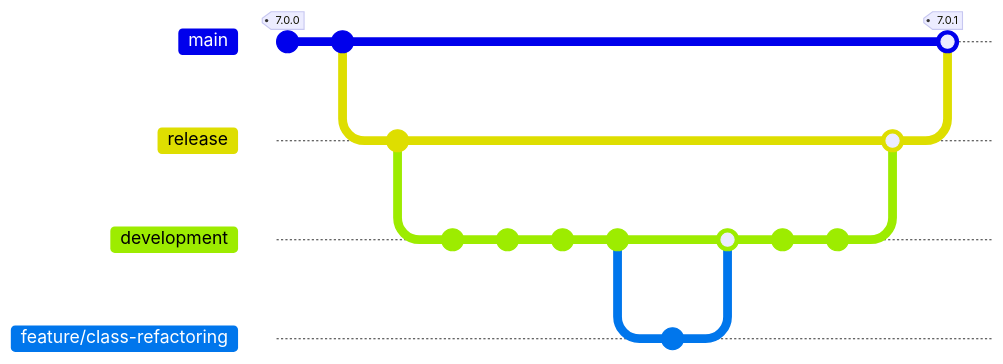
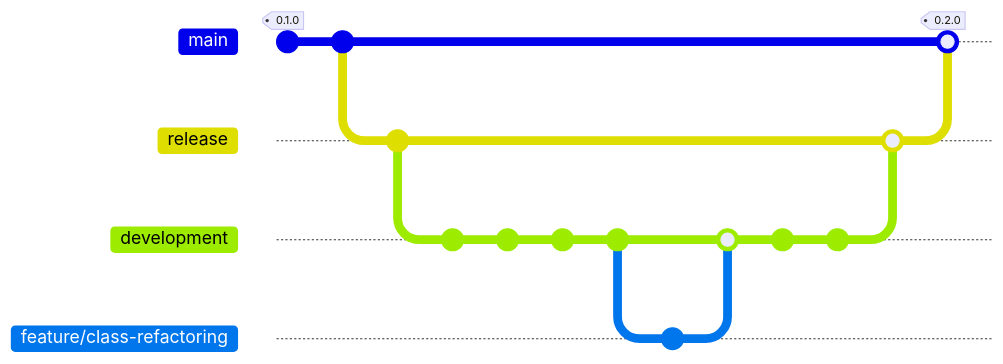
The diagram in docs/release/index.md (giulio333/PyOrchestrate), drawn with Mermaid before and after one commit. The commit also changed other lines of this file and 2 other files, not shown here. Commit ids are hidden.

Commit message:
Bump version to 0.2.0 and update release notes

````diff
--- a/docs/release/index.md
+++ b/docs/release/index.md
@@ -7,24 +23,24 @@
 ``` mermaid
 gitGraph
-    commit tag: "7.0.0"
+    commit tag: "0.1.0"
     commit
     branch release
     commit
     branch development
     commit
     commit
     commit
     commit
     checkout development
     branch feature/class-refactoring
     commit
     checkout development
     merge feature/class-refactoring
     commit
     checkout development
     commit id:"test before merge"
     checkout release
     merge development
     checkout main
-    merge release tag: "7.0.1"
+    merge release tag: "0.2.0"
 ```
````
